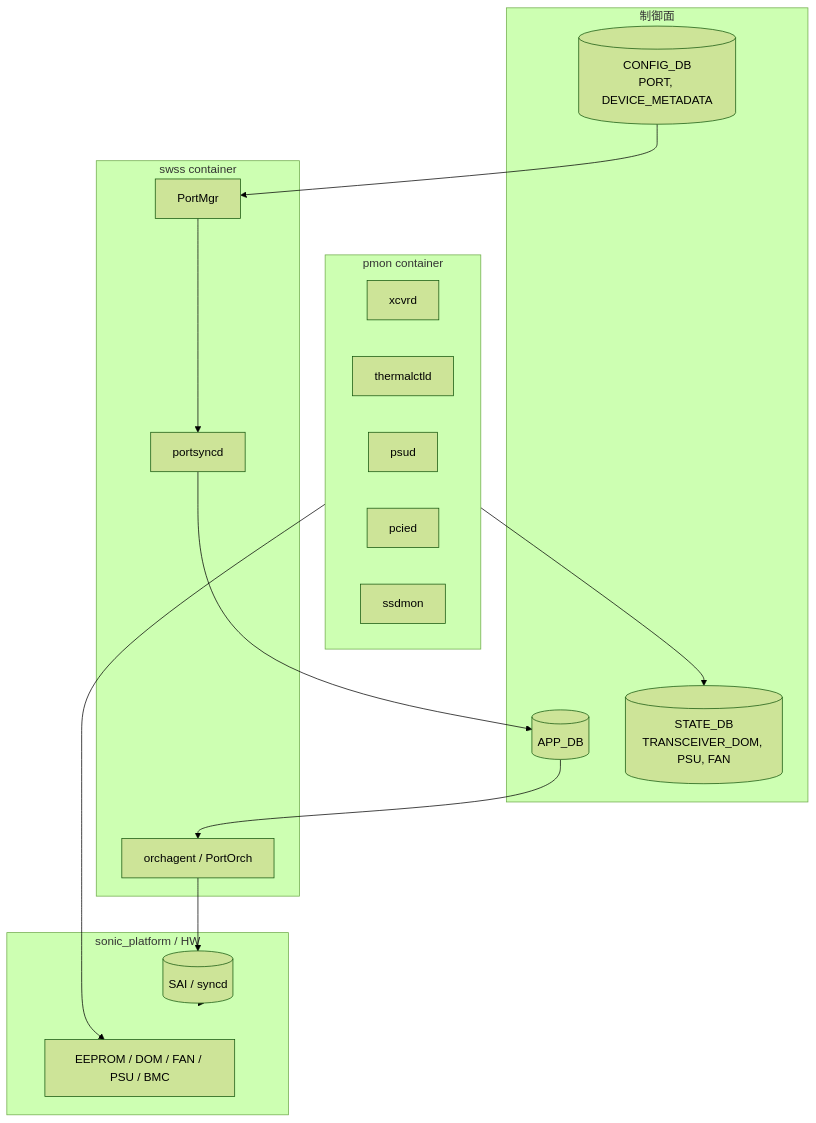
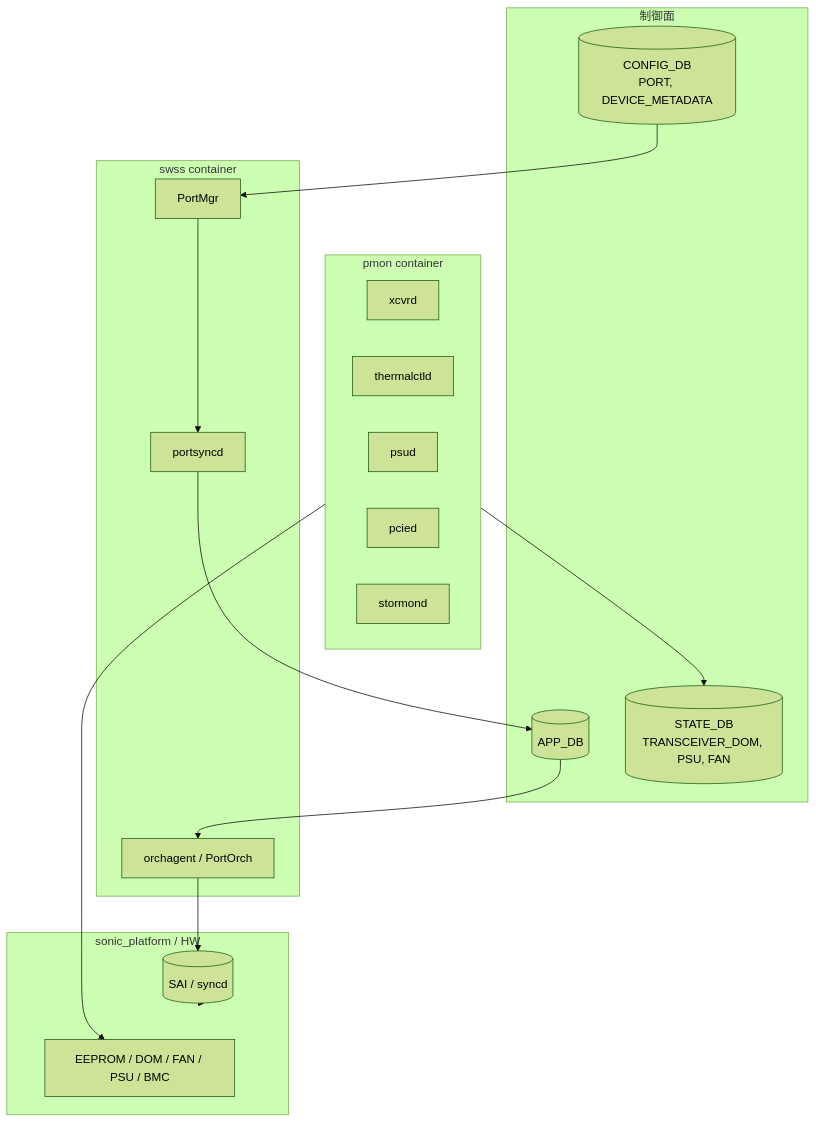
Before and after one commit to aoki-taquan/sonic-unofficial-docs: the second of 3 diagrams in docs/topics/14-platform-port-optics/concept.md, drawn with Mermaid (forest theme). The commit also changed other lines of this file and 20 other files, not shown here.

````diff
--- a/docs/topics/14-platform-port-optics/concept.md
+++ b/docs/topics/14-platform-port-optics/concept.md
@@ -101,29 +104,29 @@
 ```mermaid
 flowchart TB
     subgraph CTL[制御面]
         CFG[(CONFIG_DB<br/>PORT, DEVICE_METADATA)]
         APP[(APP_DB)]
         STATE[(STATE_DB<br/>TRANSCEIVER_DOM, PSU, FAN)]
     end
     subgraph SWSS[swss container]
         PM[PortMgr]
         PSY[portsyncd]
         ORC[orchagent / PortOrch]
     end
     subgraph PMON[pmon container]
         XC[xcvrd]
         TH[thermalctld]
         PS[psud]
         PC[pcied]
-        SS[ssdmon]
+        SS[stormond]
     end
     subgraph PLAT[sonic_platform / HW]
         SAI[(SAI / syncd)]
         EE[EEPROM / DOM / FAN / PSU / BMC]
     end
 
     CFG --> PM --> PSY --> APP --> ORC --> SAI
     PMON --> EE
     PMON --> STATE
     SAI --> PLAT
 ```
````
